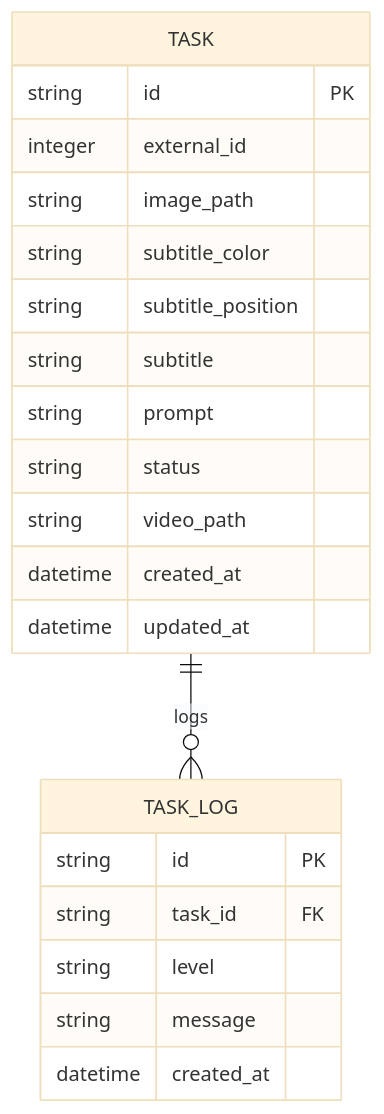
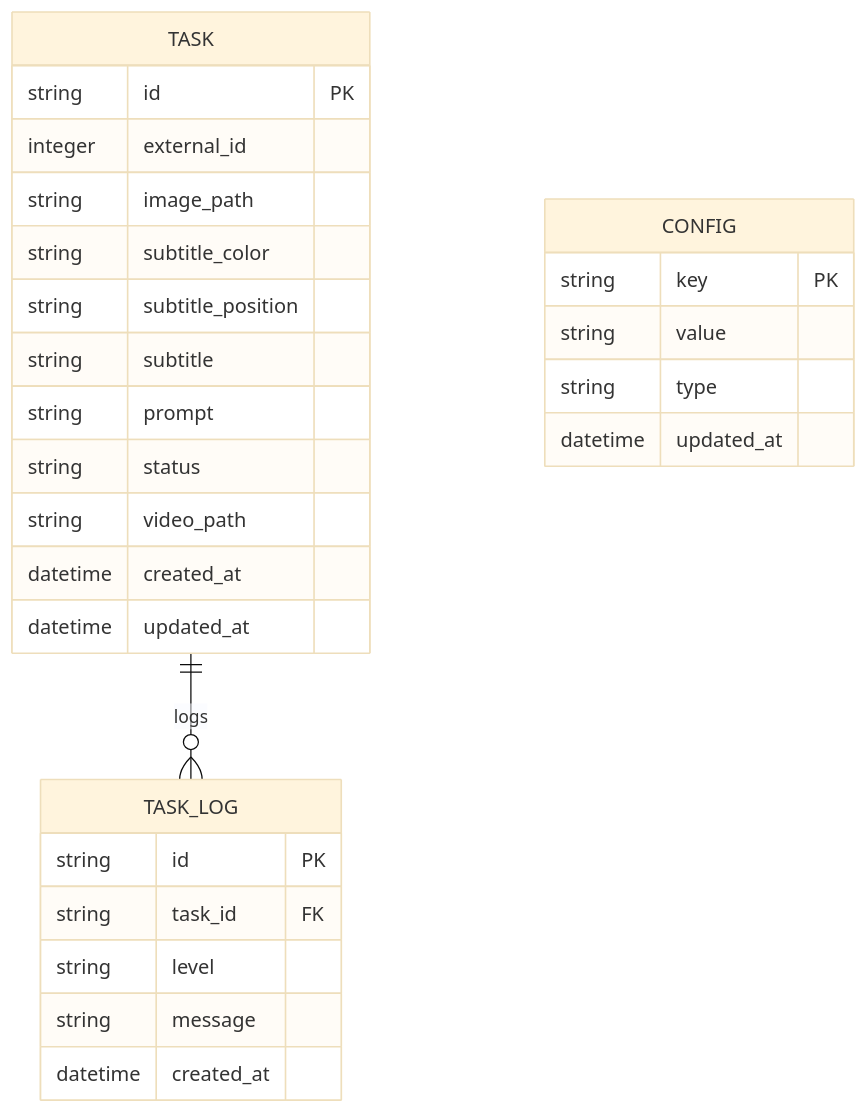
The third of 3 diagrams in .trae/documents/AI影片生成服務-技術架構文檔.md (dominantculture2024/genVideoSub), drawn with Mermaid (base theme) before and after one commit. The commit also changed other lines of this file and 1 other file, not shown here.

````diff
--- a/.trae/documents/AI影片生成服務-技術架構文檔.md
+++ b/.trae/documents/AI影片生成服務-技術架構文檔.md
@@ -173,26 +264,33 @@
 ```mermaid
 erDiagram
     TASK {
         string id PK
         integer external_id
         string image_path
         string subtitle_color
         string subtitle_position
         string subtitle
         string prompt
         string status
         string video_path
         datetime created_at
         datetime updated_at
     }
     
     TASK_LOG {
         string id PK
         string task_id FK
         string level
         string message
         datetime created_at
     }
     
     TASK ||--o{ TASK_LOG : logs
+    
+    CONFIG {
+        string key PK
+        string value
+        string type
+        datetime updated_at
+    }
 ```
````
